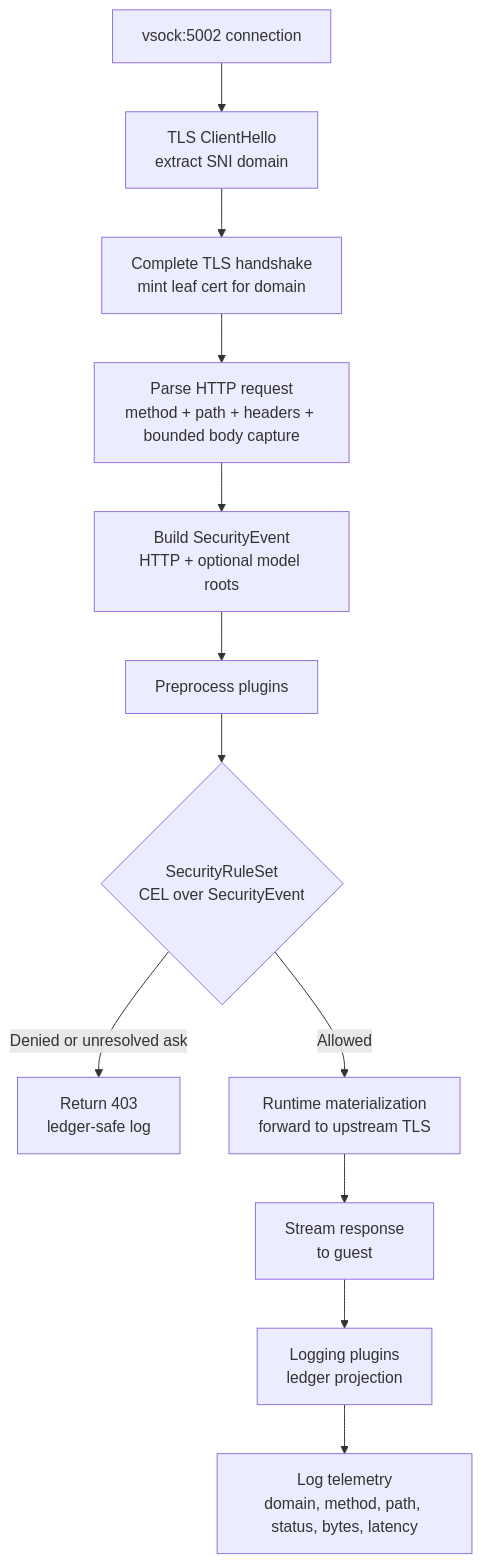
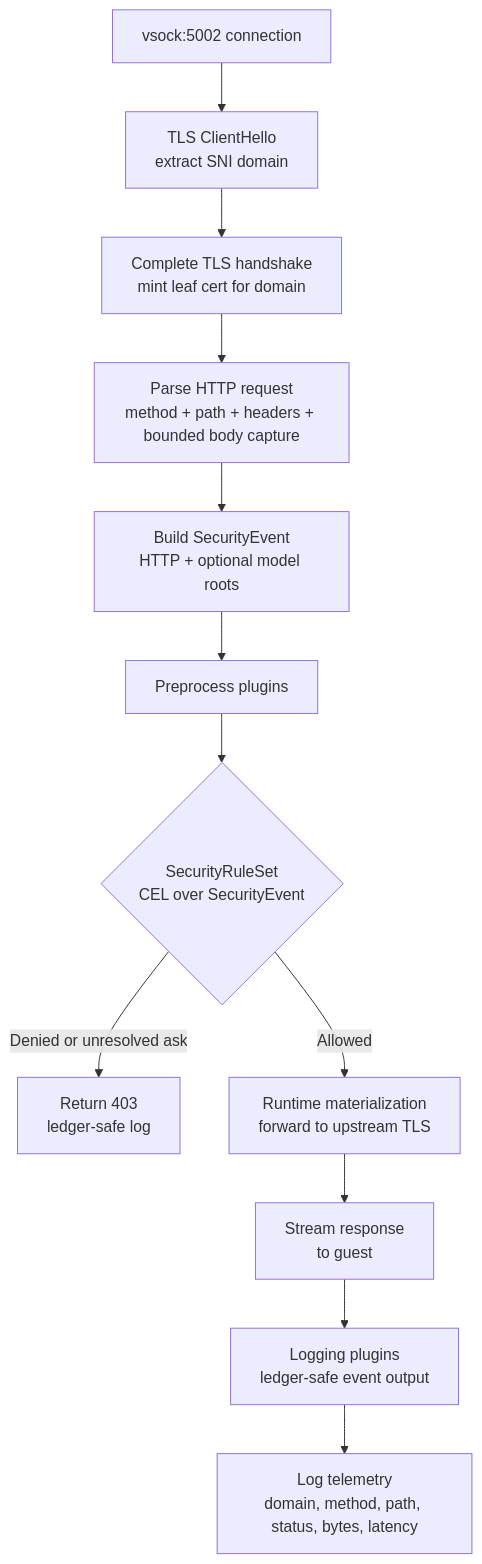
The second of 3 diagrams in docs/src/content/docs/security/network-isolation.md (google/capsem), drawn with Mermaid before and after one commit. The commit also changed 11 other files, not shown here.

````diff
--- a/docs/src/content/docs/security/network-isolation.md
+++ b/docs/src/content/docs/security/network-isolation.md
@@ -64,14 +64,14 @@
 ```mermaid
 graph TD
     A["vsock:5002 connection"] --> B["TLS ClientHello<br/>extract SNI domain"]
     B --> E["Complete TLS handshake<br/>mint leaf cert for domain"]
     E --> F["Parse HTTP request<br/>method + path + headers + bounded body capture"]
     F --> S["Build SecurityEvent<br/>HTTP + optional model roots"]
     S --> P["Preprocess plugins"]
     P --> G{"SecurityRuleSet<br/>CEL over SecurityEvent"}
     G -->|Denied or unresolved ask| H["Return 403<br/>ledger-safe log"]
     G -->|Allowed| I["Runtime materialization<br/>forward to upstream TLS"]
     I --> J["Stream response<br/>to guest"]
-    J --> K["Logging plugins<br/>ledger projection"]
+    J --> K["Logging plugins<br/>ledger-safe event output"]
     K --> L["Log telemetry<br/>domain, method, path, status, bytes, latency"]
 ```
````
